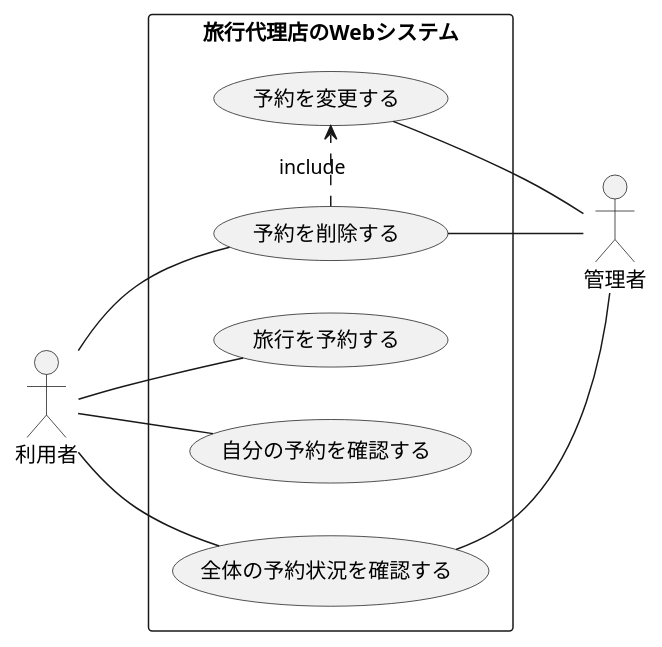
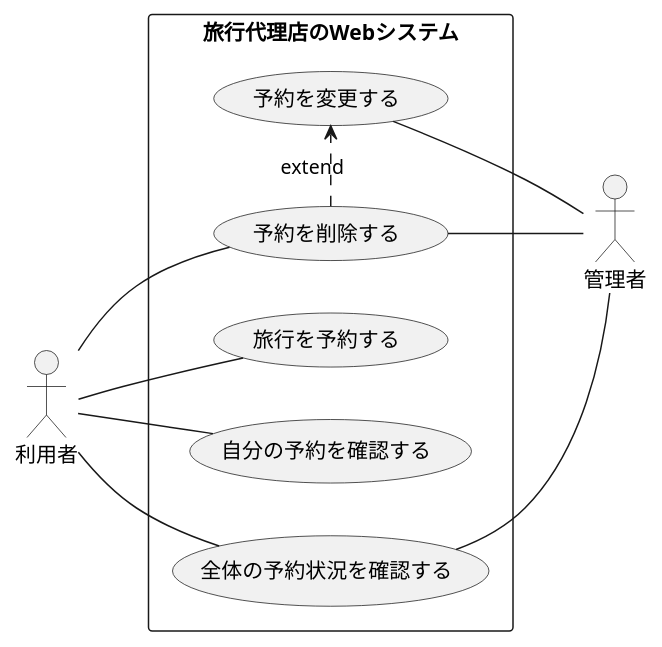
The diagram in final_1-1.pu (toroikamelon/-2), drawn with PlantUML before and after one commit.

```diff
--- a/final_1-1.pu
+++ b/final_1-1.pu
@@ -1,16 +1,16 @@
 @startuml
 left to right direction
 skinparam packageStyle rectangle
 actor 利用者
 actor 管理者
 rectangle 旅行代理店のWebシステム {
  利用者  -- (旅行を予約する)
  利用者 -- (予約を削除する)
- (予約を削除する).> (予約を変更する) : include
+ (予約を削除する).> (予約を変更する) : extend
  利用者 -- (自分の予約を確認する)
  利用者 -- (全体の予約状況を確認する)
  (全体の予約状況を確認する) -- 管理者
  (予約を削除する) -- 管理者
  (予約を変更する) -- 管理者
 }
 @enduml
```
